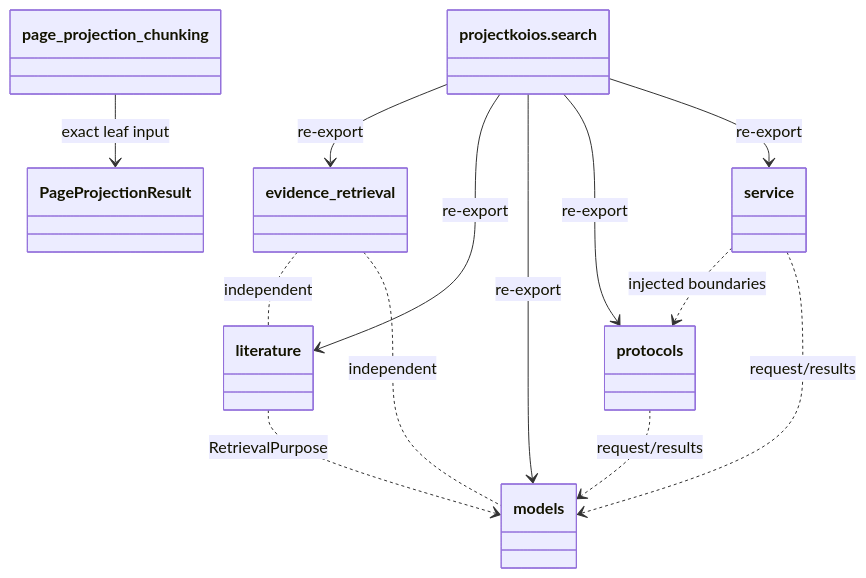
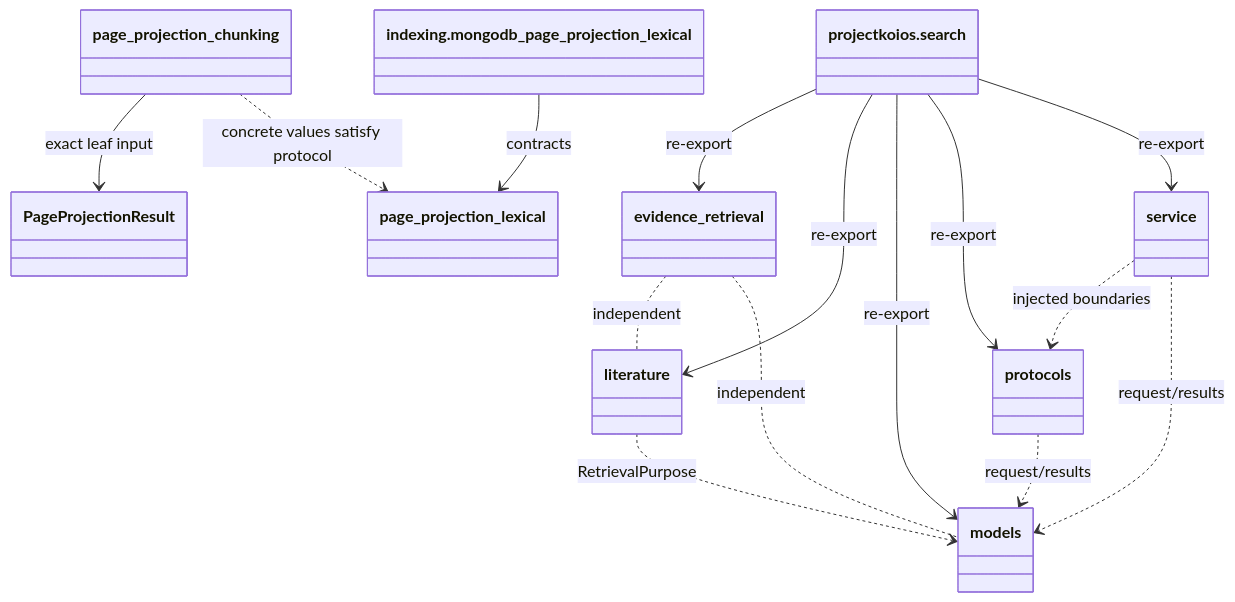
The diagram in docs/architecture/projectkoios/search/implementation.md (eragasa/projectkoios-search), drawn with Mermaid before and after one commit. The commit also changed other lines of this file and 42 other files, not shown here.

Commit message:
Implement Mongo page-projection lexical index

````diff
--- a/docs/architecture/projectkoios/search/implementation.md
+++ b/docs/architecture/projectkoios/search/implementation.md
@@ -10,24 +10,28 @@
 ```mermaid
 classDiagram
     class SearchFacade["projectkoios.search"]
     class PageProjectionChunkingModule["page_projection_chunking"]
     class PageProjectionResult
+    class PageProjectionLexicalModule["page_projection_lexical"]
+    class MongoLexicalModule["indexing.mongodb_page_projection_lexical"]
     class EvidenceRetrievalModule["evidence_retrieval"]
     class LiteratureModule["literature"]
     class ModelsModule["models"]
     class ProtocolsModule["protocols"]
     class ServiceModule["service"]
 
     PageProjectionChunkingModule --> PageProjectionResult : exact leaf input
+    PageProjectionChunkingModule ..> PageProjectionLexicalModule : concrete values satisfy protocol
+    MongoLexicalModule --> PageProjectionLexicalModule : contracts
     SearchFacade --> EvidenceRetrievalModule : re-export
     SearchFacade --> LiteratureModule : re-export
     SearchFacade --> ModelsModule : re-export
     SearchFacade --> ProtocolsModule : re-export
     SearchFacade --> ServiceModule : re-export
     LiteratureModule ..> ModelsModule : RetrievalPurpose
     ProtocolsModule ..> ModelsModule : request/results
     ServiceModule ..> ProtocolsModule : injected boundaries
     ServiceModule ..> ModelsModule : request/results
     EvidenceRetrievalModule .. LiteratureModule : independent
     EvidenceRetrievalModule .. ModelsModule : independent
 ```
````
